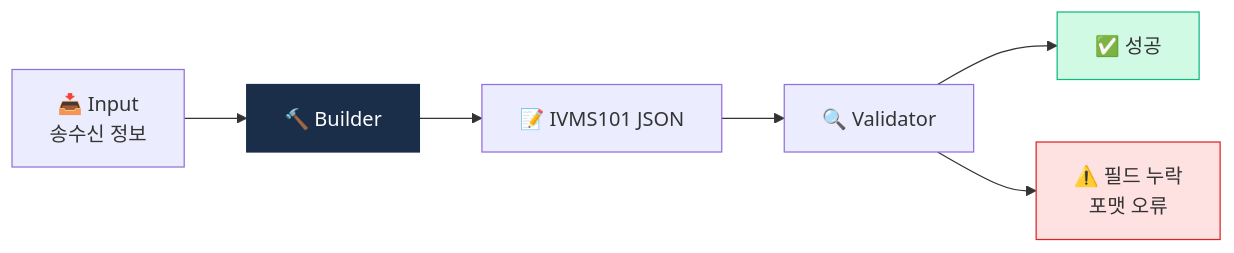
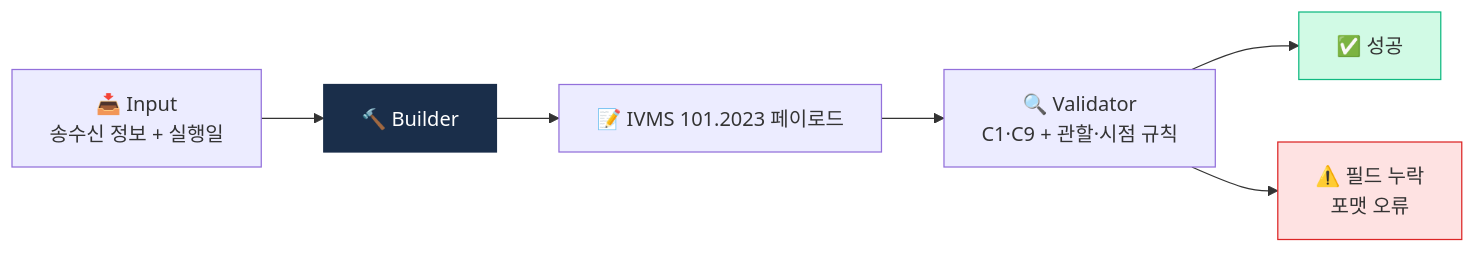
One commit to lala-david/aml-notes changed the first of 2 diagrams in curriculum/day_28.md. Above: the diagram before and after it, drawn with Mermaid. The commit also changed other lines of this file and 233 other files, not shown here.

````diff
--- a/curriculum/day_28.md
+++ b/curriculum/day_28.md
@@ -13,11 +13,11 @@
 ```mermaid
 flowchart LR
-    I["📥 Input<br/>송수신 정보"] --> B["🔨 Builder"]
-    B --> M["📝 IVMS101 JSON"]
-    M --> V["🔍 Validator"]
+    I["📥 Input<br/>송수신 정보 + 실행일"] --> B["🔨 Builder"]
+    B --> M["📝 IVMS 101.2023 페이로드"]
+    M --> V["🔍 Validator<br/>C1·C9 + 관할·시점 규칙"]
     V --> O["✅ 성공"]
     V --> E["⚠️ 필드 누락<br/>포맷 오류"]
     style B fill:#1a2e4a,color:#fff,stroke:#1a2e4a
     style O fill:#d1fae5,stroke:#10b981
     style E fill:#fee2e2,stroke:#dc2626
 ```
````
